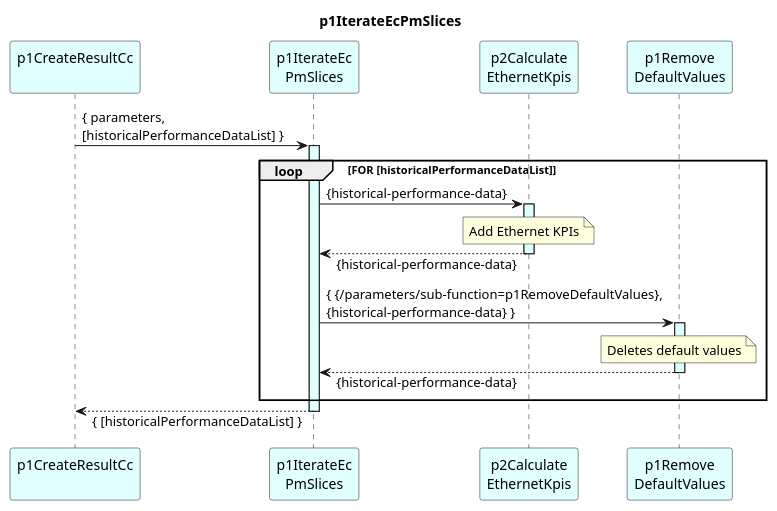
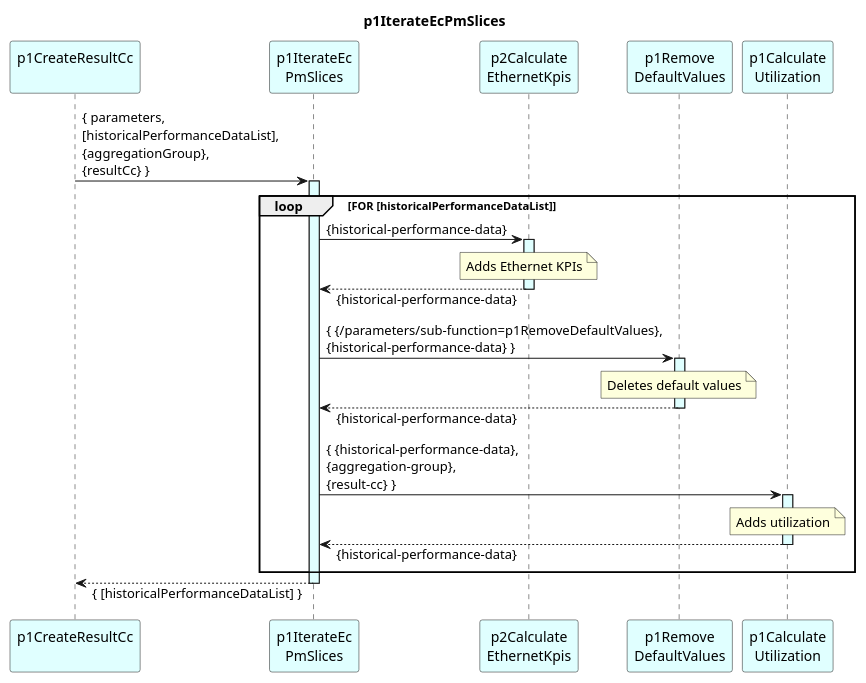
Before and after one commit to openBackhaul/DevicePerformanceManagementDataProcessor: the diagram in spec/Functions/p1StreamPmData/p1ProcessDevice/p1CreateResultCc/p1IterateEcPmSlices/1.0.0/p1IterateEcPmSlices.plantuml, drawn with PlantUML. The commit also changed 17 other files, not shown here.

Commit message:
Define p1CalculateUtilization

```diff
--- a/spec/Functions/p1StreamPmData/p1ProcessDevice/p1CreateResultCc/p1IterateEcPmSlices/1.0.0/p1IterateEcPmSlices.plantuml
+++ b/spec/Functions/p1StreamPmData/p1ProcessDevice/p1CreateResultCc/p1IterateEcPmSlices/1.0.0/p1IterateEcPmSlices.plantuml
@@ -1,43 +1,52 @@
 @startuml p1IterateEcPmSlices
 skinparam responseMessageBelowArrow true
 
 title
   p1IterateEcPmSlices
 end title
 
 participant "p1CreateResultCc\n" as cur #LightCyan
 
 participant "p1IterateEc\nPmSlices" as iterateSlices #LightCyan
 participant "p2Calculate\nEthernetKpis" as intCC #LightCyan
 participant "p1Remove\nDefaultValues" as p1RemDefault #LightCyan
+participant "p1Calculate\nUtilization" as p1CalcUtil #LightCyan
 
 
-cur -> iterateSlices : { parameters,\n[historicalPerformanceDataList] }
+cur -> iterateSlices : { parameters,\n[historicalPerformanceDataList],\n{aggregationGroup},\n{resultCc} }
 activate iterateSlices #LightCyan
 
   loop FOR [historicalPerformanceDataList]
 
     iterateSlices -> intCC : {historical-performance-data}
     activate intCC #LightCyan
       note over intCC
-        Add Ethernet KPIs
+        Adds Ethernet KPIs
       end note
     iterateSlices <-- intCC: {historical-performance-data}
     deactivate intCC
 
     iterateSlices -> p1RemDefault : { {/parameters/sub-function=p1RemoveDefaultValues},\n{historical-performance-data} }
     activate p1RemDefault #LightCyan
       note over p1RemDefault
         Deletes default values
       end note
     iterateSlices <-- p1RemDefault: {historical-performance-data}
     deactivate p1RemDefault
 
+    iterateSlices -> p1CalcUtil : { {historical-performance-data},\n{aggregation-group},\n{result-cc} }
+    activate p1CalcUtil #LightCyan
+      note over p1CalcUtil
+        Adds utilization
+      end note
+    iterateSlices <-- p1CalcUtil: {historical-performance-data}
+    deactivate p1CalcUtil
+
   end loop
 
 cur <-- iterateSlices : { [historicalPerformanceDataList] }
 deactivate iterateSlices
 
 deactivate cur
 
 @enduml
```
